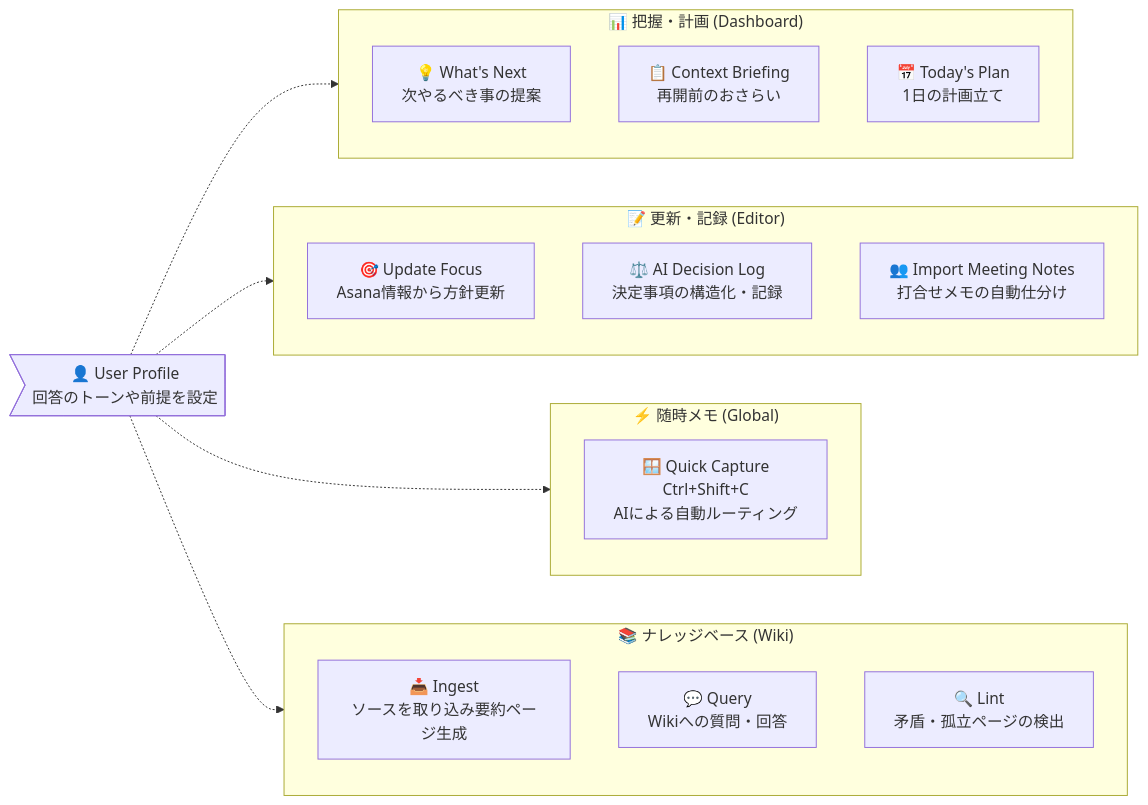
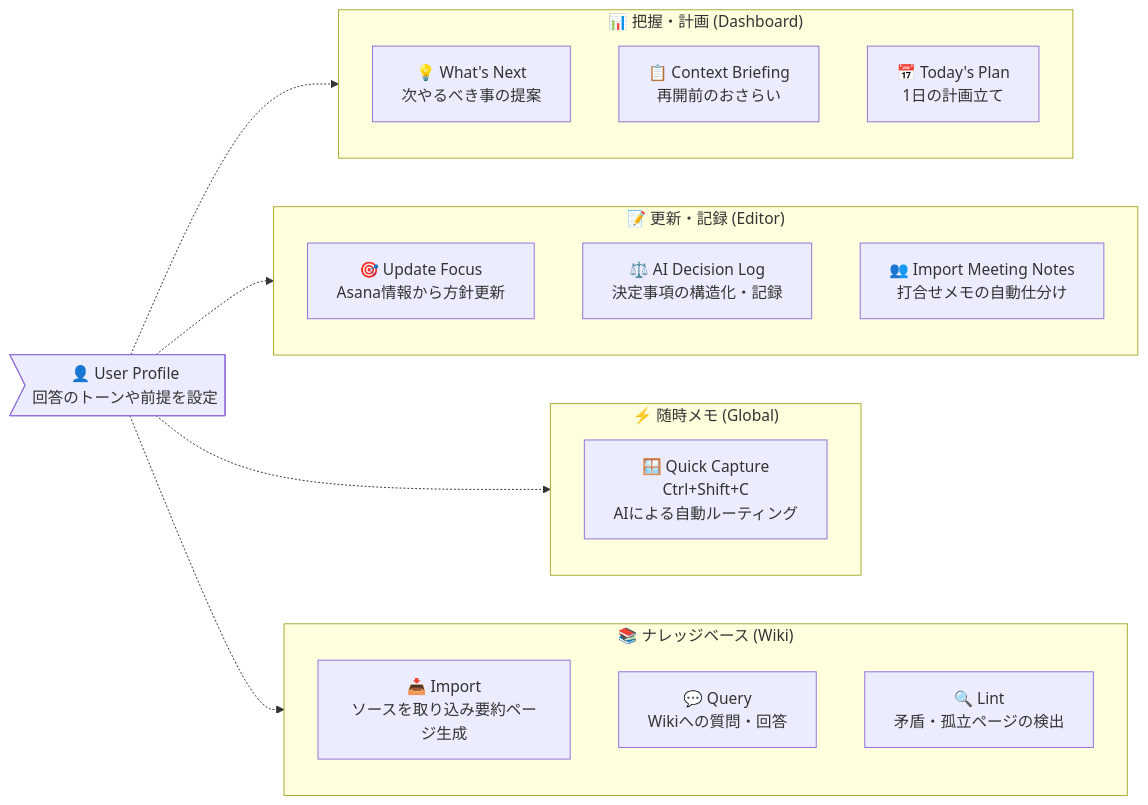
The first of 2 diagrams in docs/ai-features-ja.md (yt3trees/ProjectCurator), drawn with Mermaid before and after one commit. The commit also changed other lines of this file and 4 other files, not shown here.

````diff
--- a/docs/ai-features-ja.md
+++ b/docs/ai-features-ja.md
@@ -11,37 +27,37 @@
 ```mermaid
 flowchart LR
     %% Base
     Profile>👤 User Profile<br>回答のトーンや前提を設定]
 
     %% 分類
     subgraph Dashboard ["📊 把握・計画 (Dashboard)"]
         direction TB
         WN["💡 What's Next<br>次やるべき事の提案"]
         CB["📋 Context Briefing<br>再開前のおさらい"]
         TP["📅 Today's Plan<br>1日の計画立て"]
     end
 
     subgraph Editor ["📝 更新・記録 (Editor)"]
         direction TB
         UF["🎯 Update Focus<br>Asana情報から方針更新"]
         DL["⚖️ AI Decision Log<br>決定事項の構造化・記録"]
         IM["👥 Import Meeting Notes<br>打合せメモの自動仕分け"]
     end
 
     subgraph Global ["⚡ 随時メモ (Global)"]
         direction TB
         QC["🪟 Quick Capture<br>Ctrl+Shift+C<br>AIによる自動ルーティング"]
     end
 
     subgraph Wiki ["📚 ナレッジベース (Wiki)"]
         direction TB
-        WI["📥 Ingest<br>ソースを取り込み要約ページ生成"]
+        WI["📥 Import<br>ソースを取り込み要約ページ生成"]
         WQ["💬 Query<br>Wikiへの質問・回答"]
         WL["🔍 Lint<br>矛盾・孤立ページの検出"]
     end
 
     Profile -.-> Dashboard
     Profile -.-> Editor
     Profile -.-> Global
     Profile -.-> Wiki
 ```
````
